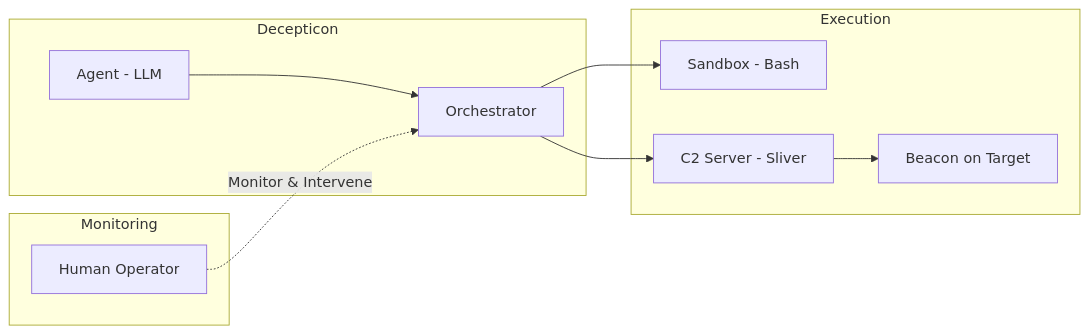
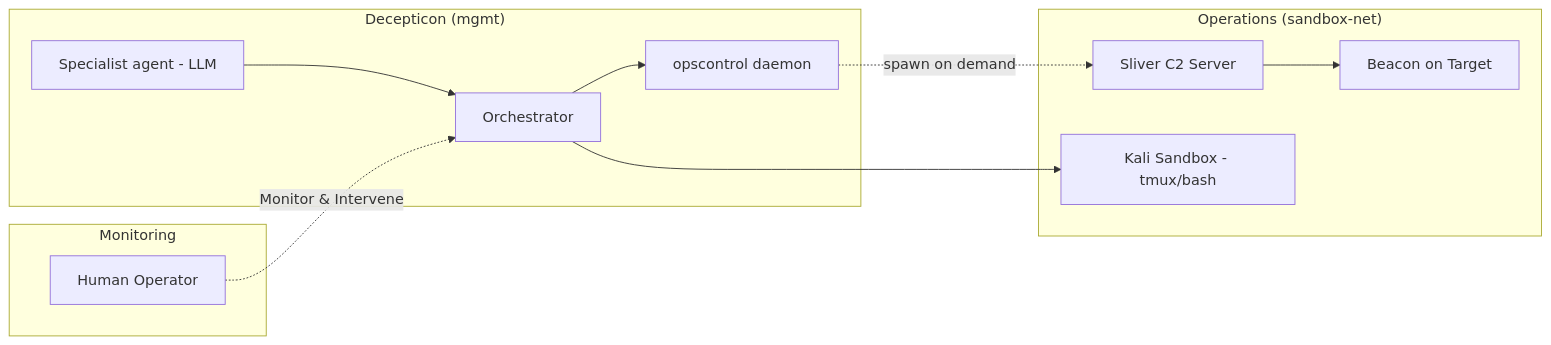
Before and after one commit to PurpleAILAB/docs: the diagram in en/vision/target-architecture.mdx, drawn with Mermaid. The commit also changed other lines of this file and 16 other files, not shown here.

First line of the commit message:
docs: realign architecture/feature pages with v1.1.12 (#1)

````diff
--- a/en/vision/target-architecture.mdx
+++ b/en/vision/target-architecture.mdx
@@ -47,16 +61,17 @@
 ```mermaid
 graph LR
-    subgraph Decepticon
-        A[Agent - LLM] --> O[Orchestrator]
+    subgraph Decepticon ["Decepticon (mgmt)"]
+        A[Specialist agent - LLM] --> O[Orchestrator]
+        O --> OPS[opscontrol daemon]
     end
 
-    subgraph Execution
-        O --> S[Sandbox - Bash]
-        O --> C[C2 Server - Sliver]
+    subgraph Execution ["Operations (sandbox-net)"]
+        OPS -.->|spawn on demand| C[Sliver C2 Server]
+        O --> S[Kali Sandbox - tmux/bash]
         C --> B[Beacon on Target]
     end
 
     subgraph Monitoring
         H[Human Operator] -.->|Monitor & Intervene| O
     end
 ```
````
